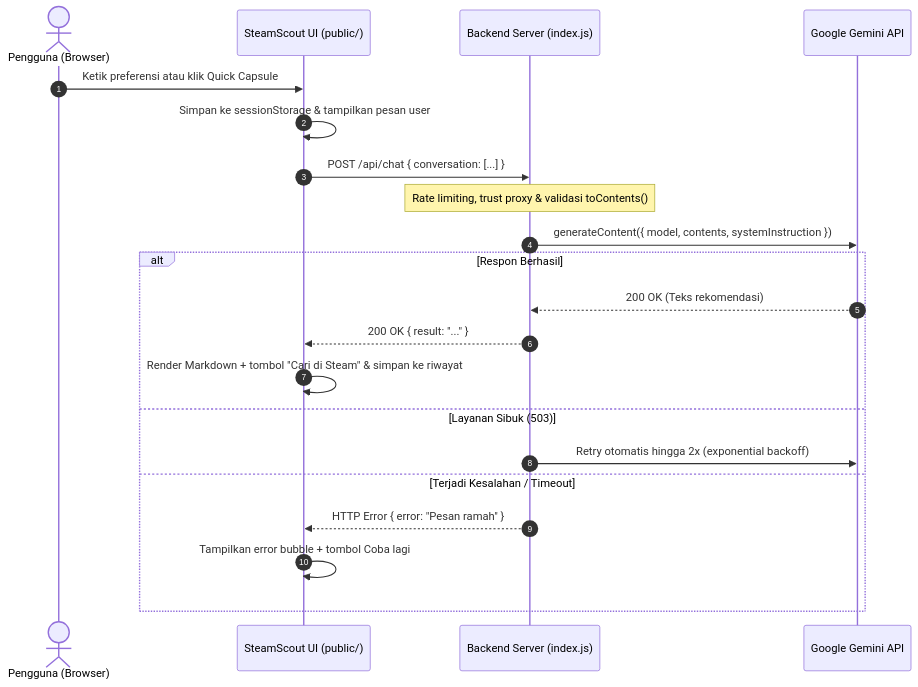
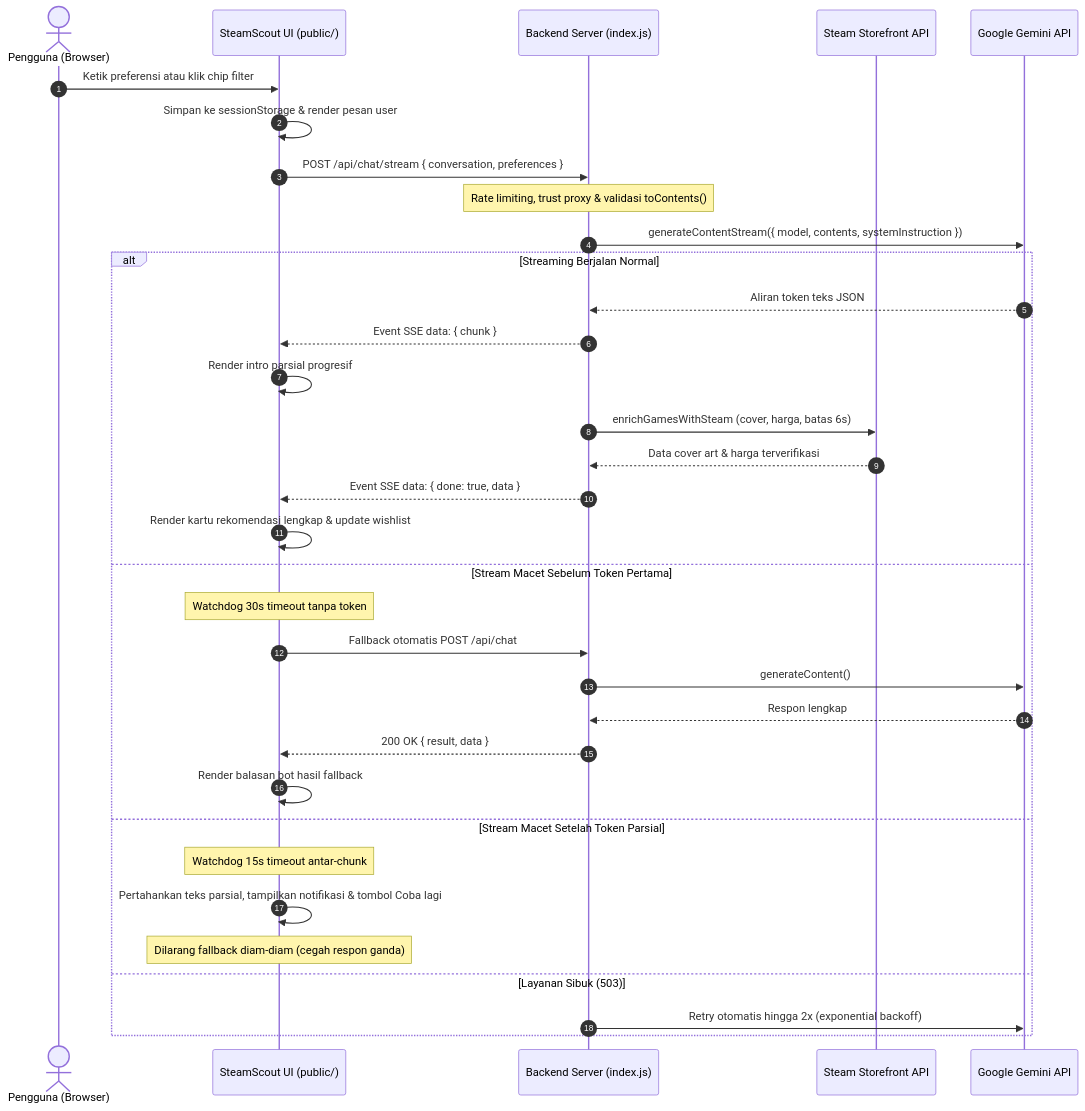
One commit to Farhanrhm/ChatBot changed the diagram in README.md. Above: the diagram before and after it, drawn with Mermaid. The commit also changed other lines of this file, not shown here.

````diff
--- a/README.md
+++ b/README.md
@@ -47,24 +55,37 @@
 ```mermaid
 sequenceDiagram
     autonumber
     actor Gamer as Pengguna (Browser)
     participant UI as SteamScout UI (public/)
     participant Express as Backend Server (index.js)
+    participant Steam as Steam Storefront API
     participant Gemini as Google Gemini API
 
-    Gamer->>UI: Ketik preferensi atau klik Quick Capsule
-    UI->>UI: Simpan ke sessionStorage & tampilkan pesan user
-    UI->>Express: POST /api/chat { conversation: [...] }
+    Gamer->>UI: Ketik preferensi atau klik chip filter
+    UI->>UI: Simpan ke sessionStorage & render pesan user
+    UI->>Express: POST /api/chat/stream { conversation, preferences }
     Note over Express: Rate limiting, trust proxy & validasi toContents()
-    Express->>Gemini: generateContent({ model, contents, systemInstruction })
-    alt Respon Berhasil
-        Gemini-->>Express: 200 OK (Teks rekomendasi)
-        Express-->>UI: 200 OK { result: "..." }
-        UI->>UI: Render Markdown + tombol "Cari di Steam" & simpan ke riwayat
+    Express->>Gemini: generateContentStream({ model, contents, systemInstruction })
+    alt Streaming Berjalan Normal
+        Gemini-->>Express: Aliran token teks JSON
+        Express-->>UI: Event SSE data: { chunk }
+        UI->>UI: Render intro parsial progresif
+        Express->>Steam: enrichGamesWithSteam (cover, harga, batas 6s)
+        Steam-->>Express: Data cover art & harga terverifikasi
+        Express-->>UI: Event SSE data: { done: true, data }
+        UI->>UI: Render kartu rekomendasi lengkap & update wishlist
+    else Stream Macet Sebelum Token Pertama
+        Note over UI: Watchdog 30s timeout tanpa token
+        UI->>Express: Fallback otomatis POST /api/chat
+        Express->>Gemini: generateContent()
+        Gemini-->>Express: Respon lengkap
+        Express-->>UI: 200 OK { result, data }
+        UI->>UI: Render balasan bot hasil fallback
+    else Stream Macet Setelah Token Parsial
+        Note over UI: Watchdog 15s timeout antar-chunk
+        UI->>UI: Pertahankan teks parsial, tampilkan notifikasi & tombol Coba lagi
+        Note over UI: Dilarang fallback diam-diam (cegah respon ganda)
     else Layanan Sibuk (503)
         Express->>Gemini: Retry otomatis hingga 2x (exponential backoff)
-    else Terjadi Kesalahan / Timeout
-        Express-->>UI: HTTP Error { error: "Pesan ramah" }
-        UI->>UI: Tampilkan error bubble + tombol Coba lagi
     end
 ```
````
